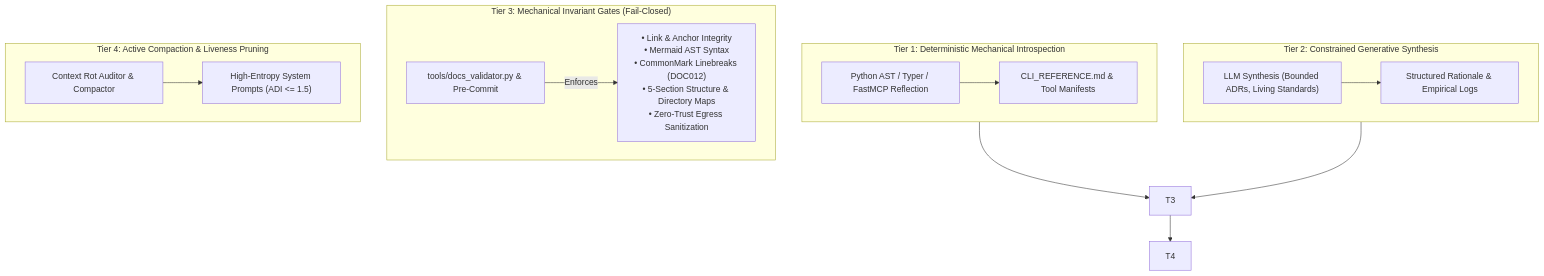
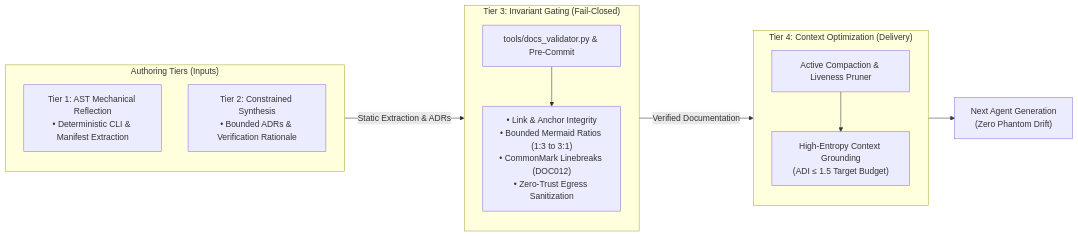
Before and after one commit to dan-petty/vibes: the second of 2 diagrams in observations/systems/27-agentic-project-self-documentation-and-the-phantom-architecture-trap.md, drawn with Mermaid. The commit also changed other lines of this file and 2 other files, not shown here.

Commit message:
docs(mermaid): enforce bounded 1:3 to 3:1 aspect ratios and rebalance flowcharts

````diff
--- a/observations/systems/27-agentic-project-self-documentation-and-the-phantom-architecture-trap.md
+++ b/observations/systems/27-agentic-project-self-documentation-and-the-phantom-architecture-trap.md
@@ -98,23 +101,26 @@
 ```mermaid
-flowchart TD
-    subgraph Tier1 ["Tier 1: Deterministic Mechanical Introspection"]
-        T1_AST["Python AST / Typer / FastMCP Reflection"] --> T1_Out["CLI_REFERENCE.md & Tool Manifests"]
+flowchart LR
+    subgraph S1 ["Authoring Tiers (Inputs)"]
+        direction TB
+        T1["Tier 1: AST Mechanical Reflection<br/>• Deterministic CLI & Manifest Extraction"]
+        T2["Tier 2: Constrained Synthesis<br/>• Bounded ADRs & Verification Rationale"]
     end
 
-    subgraph Tier2 ["Tier 2: Constrained Generative Synthesis"]
-        T2_LLM["LLM Synthesis (Bounded ADRs, Living Standards)"] --> T2_Out["Structured Rationale & Empirical Logs"]
+    subgraph S2 ["Tier 3: Invariant Gating (Fail-Closed)"]
+        direction TB
+        T3_Val["tools/docs_validator.py & Pre-Commit"]
+        T3_Rules["• Link & Anchor Integrity<br/>• Bounded Mermaid Ratios (1:3 to 3:1)<br/>• CommonMark Linebreaks (DOC012)<br/>• Zero-Trust Egress Sanitization"]
+        T3_Val --> T3_Rules
     end
 
-    subgraph Tier3 ["Tier 3: Mechanical Invariant Gates (Fail-Closed)"]
-        T3_Validator["tools/docs_validator.py & Pre-Commit"]
-        T3_Validator -->|Enforces| T3_Rules["• Link & Anchor Integrity\n• Mermaid AST Syntax\n• CommonMark Linebreaks (DOC012)\n• 5-Section Structure & Directory Maps\n• Zero-Trust Egress Sanitization"]
+    subgraph S3 ["Tier 4: Context Optimization (Delivery)"]
+        direction TB
+        T4_Comp["Active Compaction & Liveness Pruner"]
+        T4_Ctx["High-Entropy Context Grounding<br/>(ADI &le; 1.5 Target Budget)"]
+        T4_Comp --> T4_Ctx
     end
 
-    subgraph Tier4 ["Tier 4: Active Compaction & Liveness Pruning"]
-        T4_Compactor["Context Rot Auditor & Compactor"] --> T4_Context["High-Entropy System Prompts (ADI <= 1.5)"]
-    end
-
-    Tier1 --> T3
-    Tier2 --> T3
-    T3 --> T4
+    S1 -->|"Static Extraction & ADRs"| S2
+    S2 -->|"Verified Documentation"| S3
+    S3 --> NextAgent["Next Agent Generation<br/>(Zero Phantom Drift)"]
 ```
````
